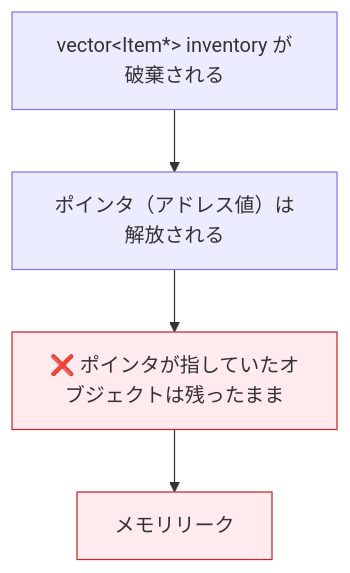
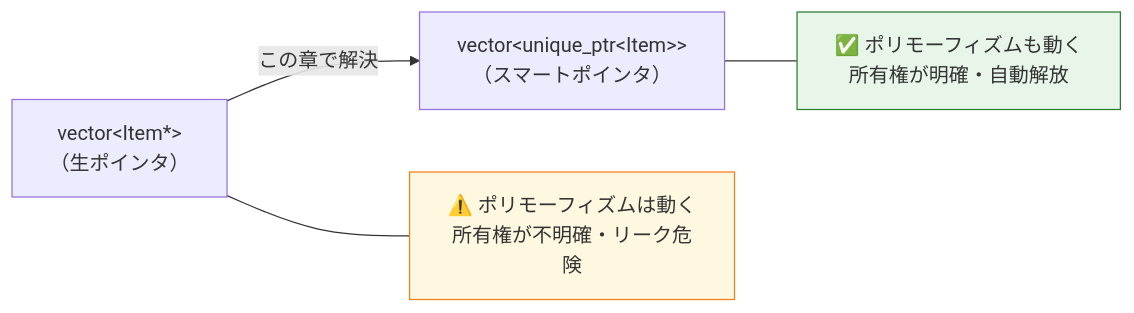
The first of 11 diagrams in Cplus/chapter-07-smartptr.md (fuddt/Cplus), drawn with Mermaid before and after one commit. The commit also changed other lines of this file and 2 other files, not shown here.

````diff
--- a/Cplus/chapter-07-smartptr.md
+++ b/Cplus/chapter-07-smartptr.md
@@ -104,12 +17,16 @@
 ```mermaid
-flowchart TD
-    A["vector&lt;Item*&gt; inventory が破棄される"]
-    B["ポインタ（アドレス値）は解放される"]
-    C["❌ ポインタが指していたオブジェクトは残ったまま"]
-    D["メモリリーク"]
+flowchart LR
+    V2["vector&lt;Item*&gt;<br/>（生ポインタ）"]
+    V3["vector&lt;unique_ptr&lt;Item&gt;&gt;<br/>（スマートポインタ）"]
 
-    A --> B --> C --> D
+    P2["⚠️ ポリモーフィズムは動く<br/>所有権が不明確・リーク危険"]
+    P3["✅ ポリモーフィズムも動く<br/>所有権が明確・自動解放"]
 
-    style C fill:#ffebee,stroke:#c62828
-    style D fill:#ffebee,stroke:#c62828
+    V2 --- P2
+    V3 --- P3
+
+    V2 -->|"この章で解決"| V3
+
+    style P2 fill:#fff8e1,stroke:#f57f17
+    style P3 fill:#e8f5e9,stroke:#2e7d32
 ```
````
